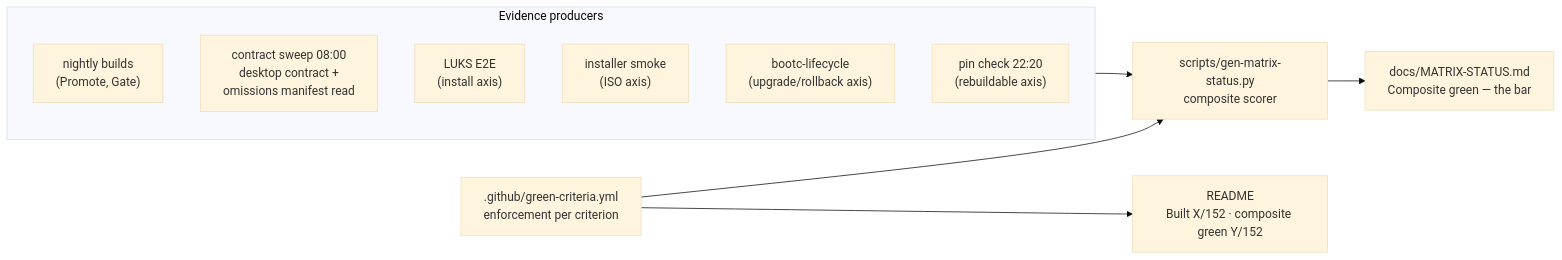
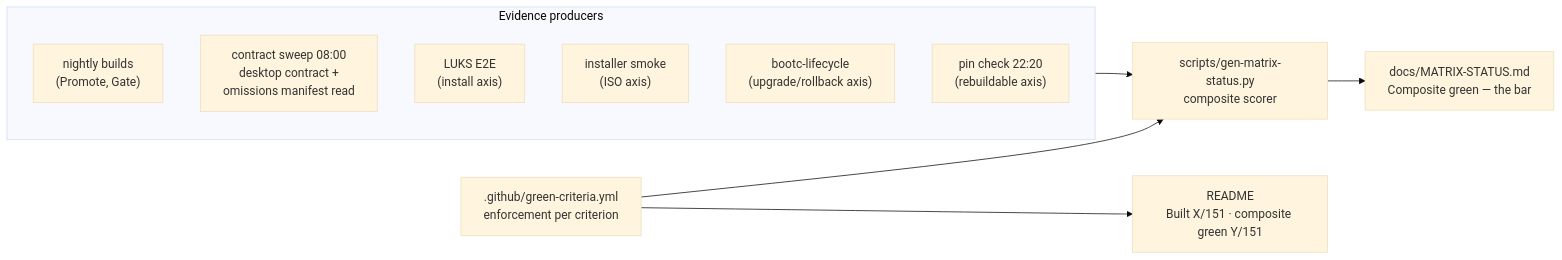
Before and after one commit to tuna-os/tunaOS: the fifth of 5 diagrams in docs/DEVELOPER-GUIDE.md, drawn with Mermaid (base theme). The commit also changed other lines of this file and 7 other files, not shown here.

````diff
--- a/docs/DEVELOPER-GUIDE.md
+++ b/docs/DEVELOPER-GUIDE.md
@@ -258,20 +258,20 @@
 ```mermaid
 flowchart LR
     subgraph evidence["Evidence producers"]
         BLD["nightly builds<br/>(Promote, Gate)"]
         SWEEP["contract sweep 08:00<br/>desktop contract +<br/>omissions manifest read"]
         LUKS["LUKS E2E<br/>(install axis)"]
         ISO["installer smoke<br/>(ISO axis)"]
         LC["bootc-lifecycle<br/>(upgrade/rollback axis)"]
         PIN["pin check 22:20<br/>(rebuildable axis)"]
     end
     CRIT[".github/green-criteria.yml<br/>enforcement per criterion"]
     GEN["scripts/gen-matrix-status.py<br/>composite scorer"]
     MS["docs/MATRIX-STATUS.md<br/>Composite green — the bar"]
-    RM["README<br/>Built X/152 · composite green Y/152"]
+    RM["README<br/>Built X/151 · composite green Y/151"]
 
     evidence --> GEN
     CRIT --> GEN
     GEN --> MS
     CRIT --> RM
 ```
````
